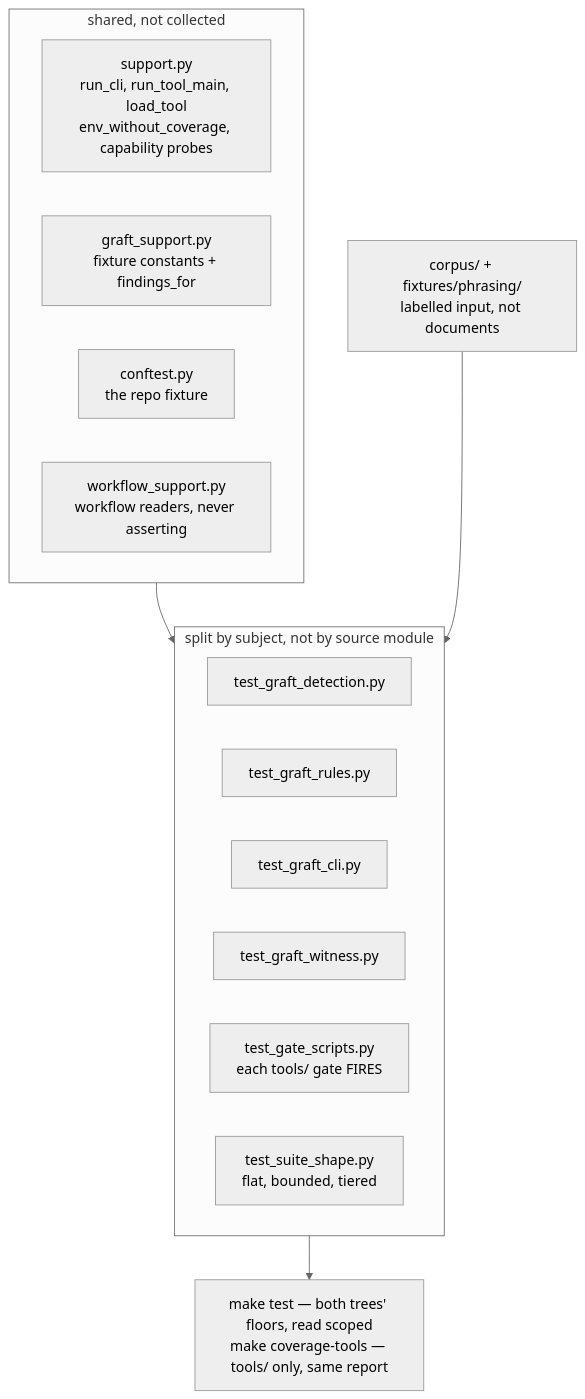
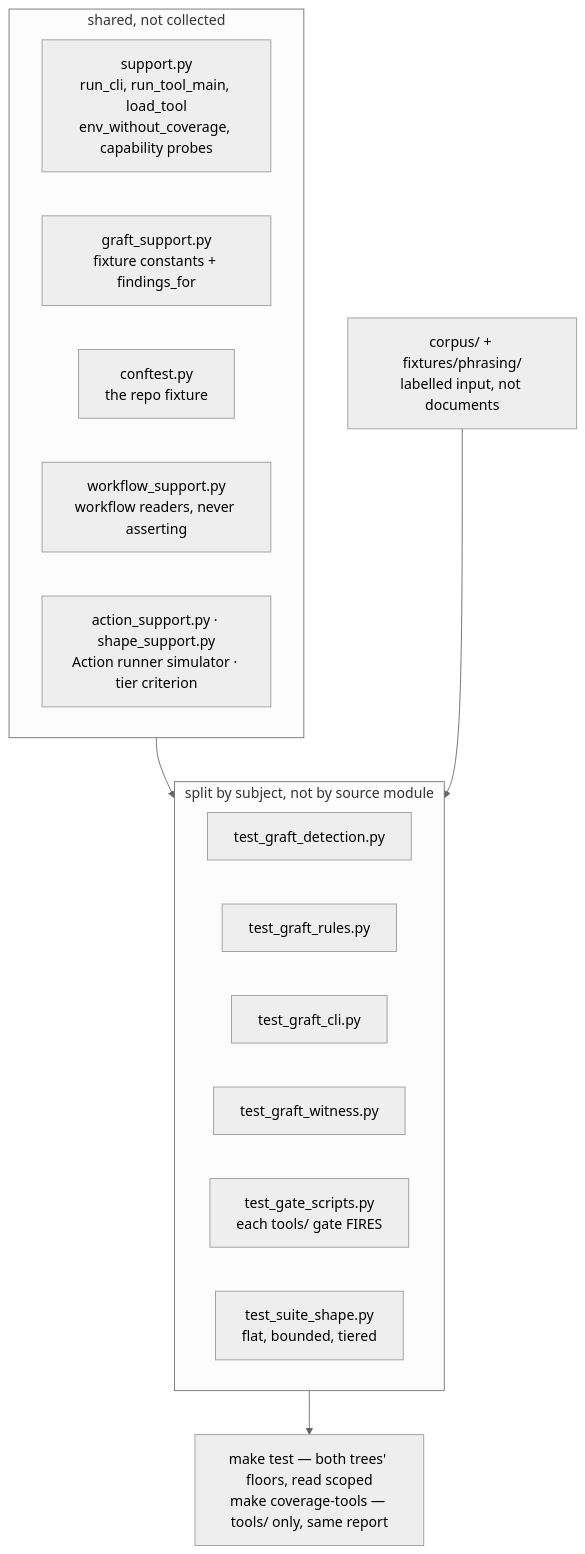
Before and after one commit to ianshank/planlint: the diagram in tests/AGENTS.md, drawn with Mermaid (neutral theme). The commit also changed other lines of this file and 65 other files, not shown here.

````diff
--- a/tests/AGENTS.md
+++ b/tests/AGENTS.md
@@ -8,20 +8,21 @@
 ```mermaid
 flowchart TD
     subgraph shared["shared, not collected"]
         sup["support.py<br/>run_cli, run_tool_main, load_tool<br/>env_without_coverage, capability probes"]
         gs["graft_support.py<br/>fixture constants + findings_for"]
         cf["conftest.py<br/>the repo fixture"]
         ws["workflow_support.py<br/>workflow readers, never asserting"]
+        xs["action_support.py · shape_support.py<br/>Action runner simulator · tier criterion"]
     end
     subgraph subject["split by subject, not by source module"]
         d["test_graft_detection.py"]
         r["test_graft_rules.py"]
         c["test_graft_cli.py"]
         w["test_graft_witness.py"]
         g["test_gate_scripts.py<br/>each tools/ gate FIRES"]
         s["test_suite_shape.py<br/>flat, bounded, tiered"]
     end
     shared --> subject
     subject --> floors["make test — both trees' floors, read scoped<br/>make coverage-tools — tools/ only, same report"]
     corpus["corpus/ + fixtures/phrasing/<br/>labelled input, not documents"] --> subject
 ```
````
